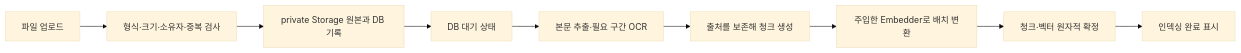
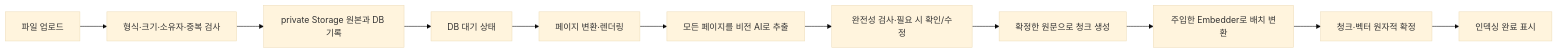
Before and after one commit to encore-ai-campus/aio-03-p2-team3: the diagram in docs/plans/document-ingestion.md, drawn with Mermaid (base theme). The commit also changed other lines of this file and 3 other files, not shown here.

````diff
--- a/docs/plans/document-ingestion.md
+++ b/docs/plans/document-ingestion.md
@@ -56,11 +59,13 @@
 ```mermaid
 flowchart LR
   U[파일 업로드] --> V[형식·크기·소유자·중복 검사]
   V --> S[private Storage 원본과 DB 기록]
   S --> Q[DB 대기 상태]
-  Q --> E[본문 추출·필요 구간 OCR]
-  E --> C[출처를 보존해 청크 생성]
+  Q --> D[페이지 변환·렌더링]
+  D --> E[모든 페이지를 비전 AI로 추출]
+  E --> X[완전성 검사·필요 시 확인/수정]
+  X --> C[확정한 원문으로 청크 생성]
   C --> B[주입한 Embedder로 배치 변환]
   B --> P[청크·벡터 원자적 확정]
   P --> R[인덱싱 완료 표시]
 ```
````
